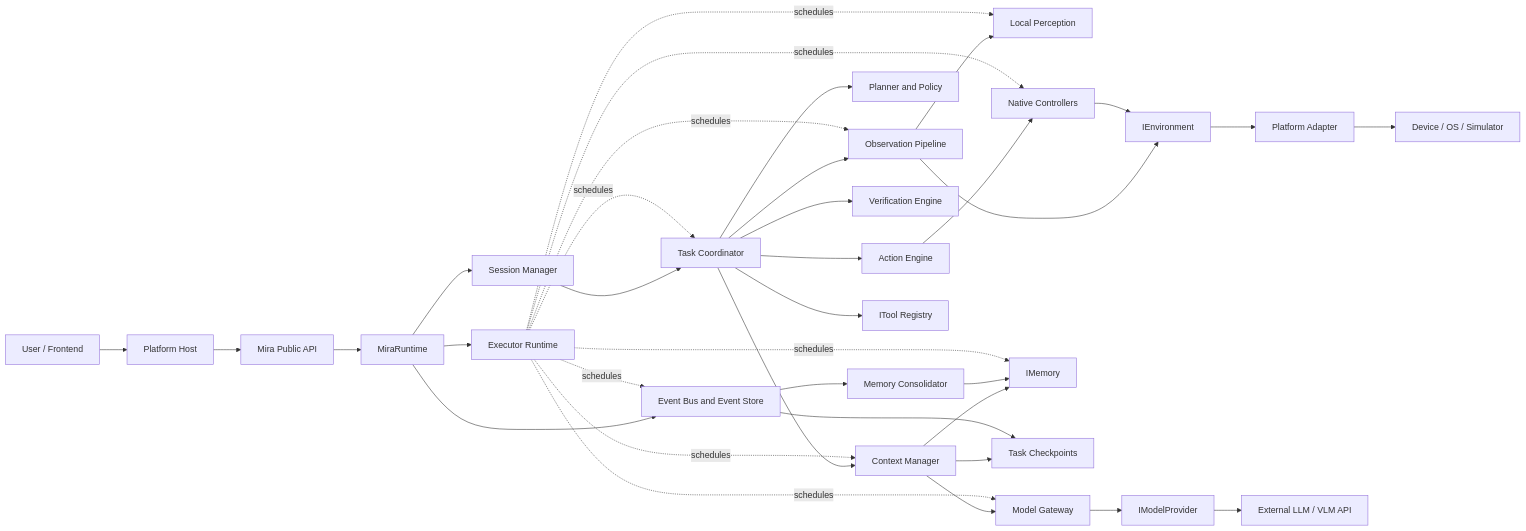
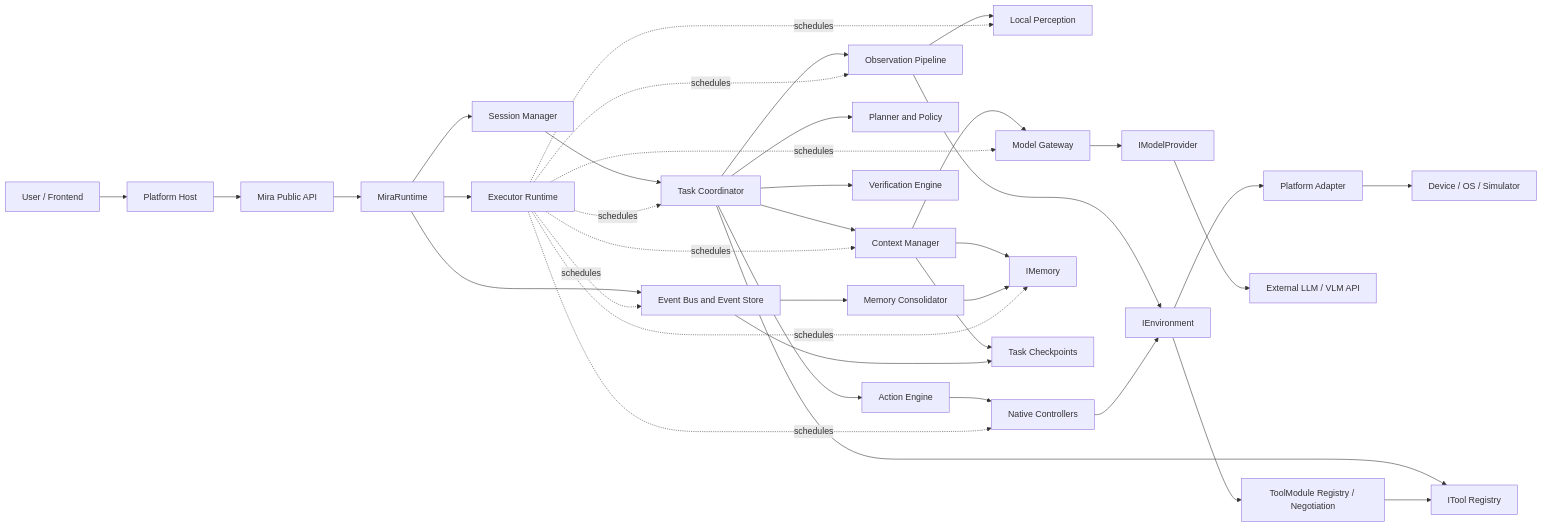
The first of 3 diagrams in docs/design/mira_runtime_design.md (Linductor-alkaid/mira), drawn with Mermaid before and after one commit. The commit also changed other lines of this file and 5 other files, not shown here.

First line of the commit message:
docs: add DEC-009 tool module boundary and design

````diff
--- a/docs/design/mira_runtime_design.md
+++ b/docs/design/mira_runtime_design.md
@@ -116,44 +116,46 @@
 ```mermaid
 flowchart LR
     User[User / Frontend] --> Host[Platform Host]
     Host --> API[Mira Public API]
     API --> Runtime[MiraRuntime]
 
     Runtime --> Session[Session Manager]
     Session --> Coordinator[Task Coordinator]
     Coordinator --> Observer[Observation Pipeline]
     Observer --> Perception[Local Perception]
     Coordinator --> Context[Context Manager]
     Context --> Model[Model Gateway]
     Coordinator --> Planner[Planner and Policy]
     Coordinator --> Action[Action Engine]
     Coordinator --> Verify[Verification Engine]
 
     Observer --> Env[IEnvironment]
     Action --> Controllers[Native Controllers]
     Controllers --> Env
     Env --> Adapter[Platform Adapter]
     Adapter --> Device[Device / OS / Simulator]
 
     Model --> Provider[IModelProvider]
     Provider --> APIService[External LLM / VLM API]
 
     Context --> Memory[IMemory]
     Context --> Checkpoints[Task Checkpoints]
     Events --> Consolidator[Memory Consolidator]
     Consolidator --> Memory
     Coordinator --> Tools[ITool Registry]
+    Modules[ToolModule Registry / Negotiation] --> Tools
+    Env --> Modules
     Runtime --> Events[Event Bus and Event Store]
     Runtime --> Executor[Executor Runtime]
 
     Events --> Checkpoints
 
     Executor -. schedules .-> Coordinator
     Executor -. schedules .-> Observer
     Executor -. schedules .-> Perception
     Executor -. schedules .-> Context
     Executor -. schedules .-> Memory
     Executor -. schedules .-> Model
     Executor -. schedules .-> Controllers
     Executor -. schedules .-> Events
 ```
````
